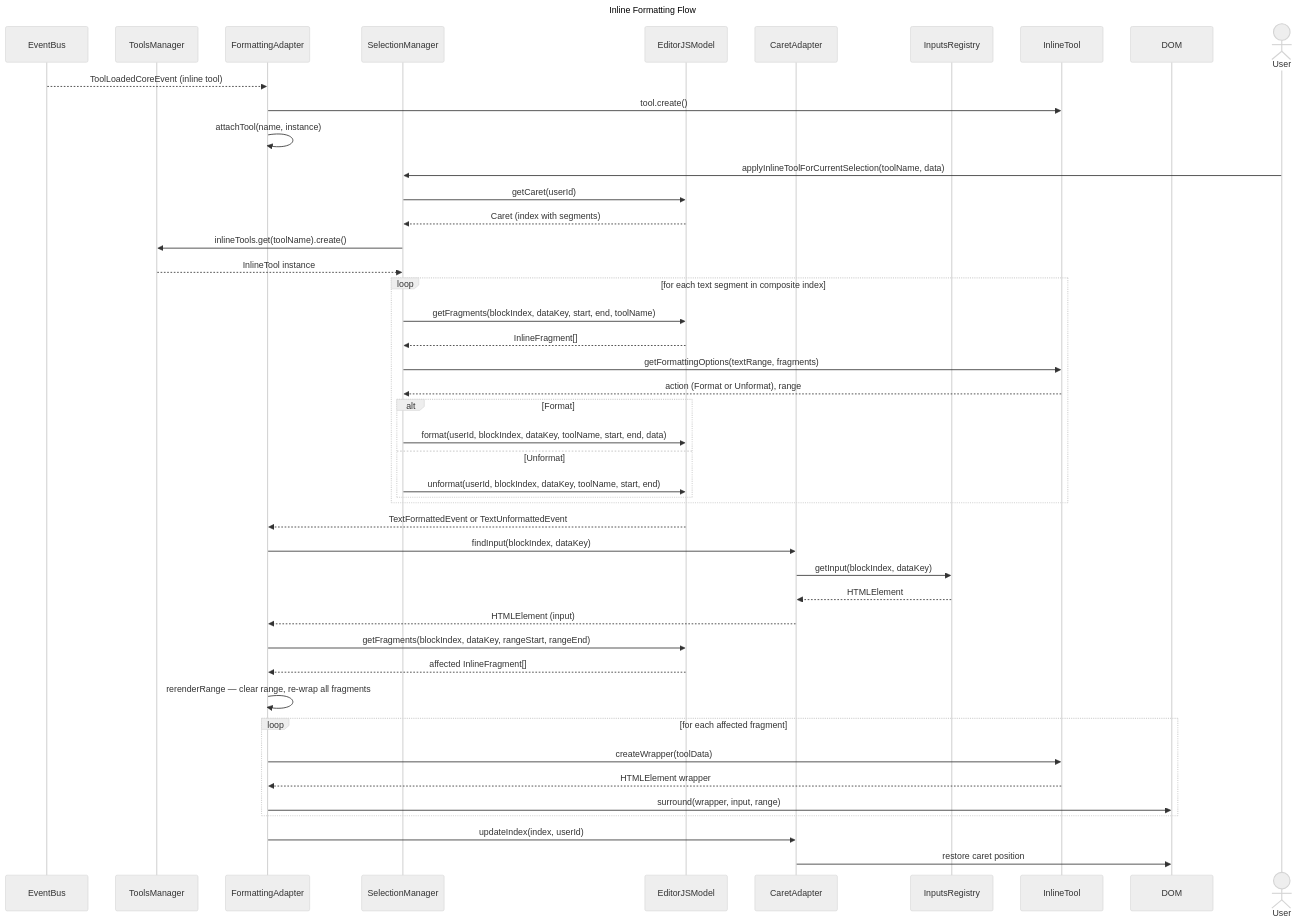
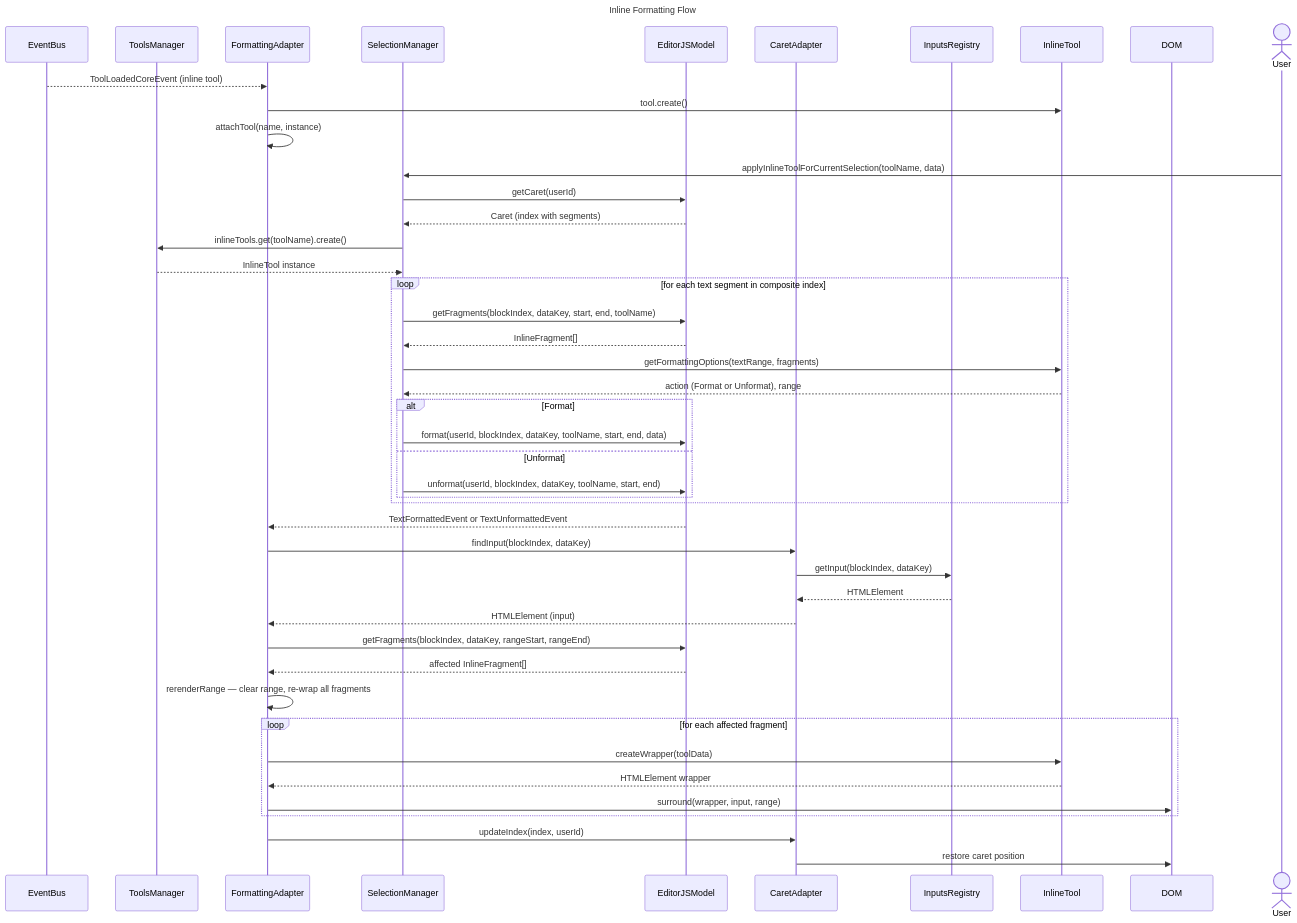
The diagram in docs/diagrams/inline-formatting-flow.mmd (editor-js/document-model), drawn with Mermaid before and after one commit. The commit also changed 14 other files, not shown here.

```diff
--- a/docs/diagrams/inline-formatting-flow.mmd
+++ b/docs/diagrams/inline-formatting-flow.mmd
@@ -1,58 +1,57 @@
 ---
 title: Inline Formatting Flow
-config:
-  theme: neutral
+
 ---
 %% See: ../input-handling.md
 sequenceDiagram
   participant EventBus
   participant ToolsManager
   participant FormattingAdapter
   participant SelectionManager
   participant EditorJSModel
   participant CaretAdapter
   participant InputsRegistry
   participant InlineTool
   participant DOM
   actor User
 
   %% ── Setup: FormattingAdapter caches tool instances ──
   EventBus-->>FormattingAdapter: ToolLoadedCoreEvent (inline tool)
   FormattingAdapter->>InlineTool: tool.create()
   FormattingAdapter->>FormattingAdapter: attachTool(name, instance)
 
   %% ── User applies inline tool ─────────────────────────
   User->>SelectionManager: applyInlineToolForCurrentSelection(toolName, data)
   SelectionManager->>EditorJSModel: getCaret(userId)
   EditorJSModel-->>SelectionManager: Caret (index with segments)
   SelectionManager->>ToolsManager: inlineTools.get(toolName).create()
   ToolsManager-->>SelectionManager: InlineTool instance
 
   loop for each text segment in composite index
     SelectionManager->>EditorJSModel: getFragments(blockIndex, dataKey, start, end, toolName)
     EditorJSModel-->>SelectionManager: InlineFragment[]
     SelectionManager->>InlineTool: getFormattingOptions(textRange, fragments)
     InlineTool-->>SelectionManager: action (Format or Unformat), range
     alt Format
       SelectionManager->>EditorJSModel: format(userId, blockIndex, dataKey, toolName, start, end, data)
     else Unformat
       SelectionManager->>EditorJSModel: unformat(userId, blockIndex, dataKey, toolName, start, end)
     end
   end
 
   %% ── Model event → FormattingAdapter re-renders DOM ──
   EditorJSModel-->>FormattingAdapter: TextFormattedEvent or TextUnformattedEvent
   FormattingAdapter->>CaretAdapter: findInput(blockIndex, dataKey)
   CaretAdapter->>InputsRegistry: getInput(blockIndex, dataKey)
   InputsRegistry-->>CaretAdapter: HTMLElement
   CaretAdapter-->>FormattingAdapter: HTMLElement (input)
   FormattingAdapter->>EditorJSModel: getFragments(blockIndex, dataKey, rangeStart, rangeEnd)
   EditorJSModel-->>FormattingAdapter: affected InlineFragment[]
   FormattingAdapter->>FormattingAdapter: rerenderRange — clear range, re-wrap all fragments
   loop for each affected fragment
     FormattingAdapter->>InlineTool: createWrapper(toolData)
     InlineTool-->>FormattingAdapter: HTMLElement wrapper
     FormattingAdapter->>DOM: surround(wrapper, input, range)
   end
   FormattingAdapter->>CaretAdapter: updateIndex(index, userId)
   CaretAdapter->>DOM: restore caret position
```
